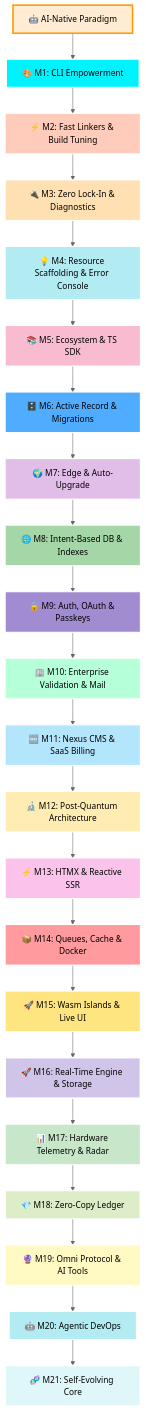
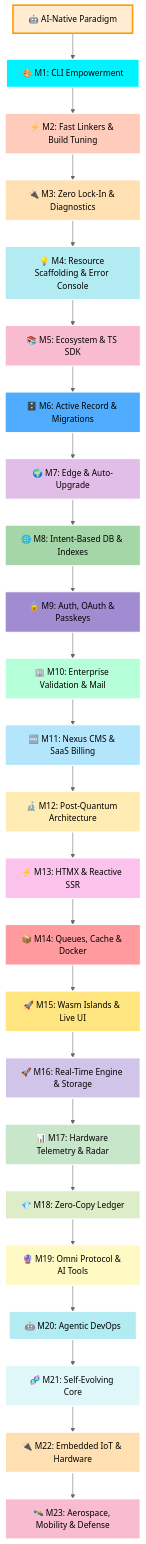
Before and after one commit to Rullst/Rullst: the diagram in ROADMAP.md, drawn with Mermaid (neutral theme). The commit also changed other lines of this file and 1 other file, not shown here.

Commit message:
feat: expand roadmap with IoT, Aerospace, and enhanced Security/Quantum milestones

````diff
--- a/ROADMAP.md
+++ b/ROADMAP.md
@@ -49,47 +51,51 @@
 ```mermaid
 graph TD
     M0["🤖 AI-Native Paradigm"] --> M1["🎨 M1: CLI Empowerment"]
     M1 --> M2["⚡ M2: Fast Linkers & Build Tuning"]
     M2 --> M3["🔌 M3: Zero Lock-In & Diagnostics"]
     M3 --> M4["💡 M4: Resource Scaffolding & Error Console"]
     M4 --> M5["📚 M5: Ecosystem & TS SDK"]
     M5 --> M6["🗄️ M6: Active Record & Migrations"]
     M6 --> M7["🌍 M7: Edge & Auto-Upgrade"]
     M7 --> M8["🌐 M8: Intent-Based DB & Indexes"]
     M8 --> M9["🔒 M9: Auth, OAuth & Passkeys"]
     M9 --> M10["🏢 M10: Enterprise Validation & Mail"]
     M10 --> M11["🆓 M11: Nexus CMS & SaaS Billing"]
     M11 --> M12["🔬 M12: Post-Quantum Architecture"]
     M12 --> M13["⚡ M13: HTMX & Reactive SSR"]
     M13 --> M14["📦 M14: Queues, Cache & Docker"]
     M14 --> M15["🚀 M15: Wasm Islands & Live UI"]
     M15 --> M16["🚀 M16: Real-Time Engine & Storage"]
     M16 --> M17["📊 M17: Hardware Telemetry & Radar"]
     M17 --> M18["💎 M18: Zero-Copy Ledger"]
     M18 --> M19["🔮 M19: Omni Protocol & AI Tools"]
     M19 --> M20["🤖 M20: Agentic DevOps"]
     M20 --> M21["🧬 M21: Self-Evolving Core"]
+    M21 --> M22["🔌 M22: Embedded IoT & Hardware"]
+    M22 --> M23["🛰️ M23: Aerospace, Mobility & Defense"]
 
     style M0  fill:#ffecd2,stroke:#ff9a00,stroke-width:3px,color:#000
     style M1  fill:#00f2fe,stroke:#fff,stroke-width:2px,color:#000
     style M2  fill:#ffccbc,stroke:#fff,stroke-width:2px,color:#000
     style M3  fill:#ffe0b2,stroke:#fff,stroke-width:2px,color:#000
     style M4  fill:#b2ebf2,stroke:#fff,stroke-width:2px,color:#000
     style M5  fill:#f8bbd0,stroke:#fff,stroke-width:2px,color:#000
     style M6  fill:#4facfe,stroke:#fff,stroke-width:2px,color:#000
     style M7  fill:#e1bee7,stroke:#fff,stroke-width:2px,color:#000
     style M8  fill:#a5d6a7,stroke:#fff,stroke-width:2px,color:#000
     style M9  fill:#a18cd1,stroke:#fff,stroke-width:2px,color:#000
     style M10 fill:#b5ffd9,stroke:#fff,stroke-width:2px,color:#000
     style M11 fill:#b3e5fc,stroke:#fff,stroke-width:2px,color:#000
     style M12 fill:#ffecb3,stroke:#fff,stroke-width:2px,color:#000
     style M13 fill:#fbc2eb,stroke:#fff,stroke-width:2px,color:#000
     style M14 fill:#ff9a9e,stroke:#fff,stroke-width:2px,color:#000
     style M15 fill:#ffe57f,stroke:#fff,stroke-width:2px,color:#000
     style M16 fill:#d1c4e9,stroke:#fff,stroke-width:3px,color:#000
     style M17 fill:#c8e6c9,stroke:#fff,stroke-width:2px,color:#000
     style M18 fill:#dcedc8,stroke:#fff,stroke-width:2px,color:#000
     style M19 fill:#fff9c4,stroke:#fff,stroke-width:2px,color:#000
     style M20 fill:#b2ebf2,stroke:#fff,stroke-width:2px,color:#000
     style M21 fill:#e0f7fa,stroke:#fff,stroke-width:3px,color:#000
+    style M22 fill:#ffe0b2,stroke:#fff,stroke-width:3px,color:#000
+    style M23 fill:#f8bbd0,stroke:#fff,stroke-width:3px,color:#000
 ```
````
